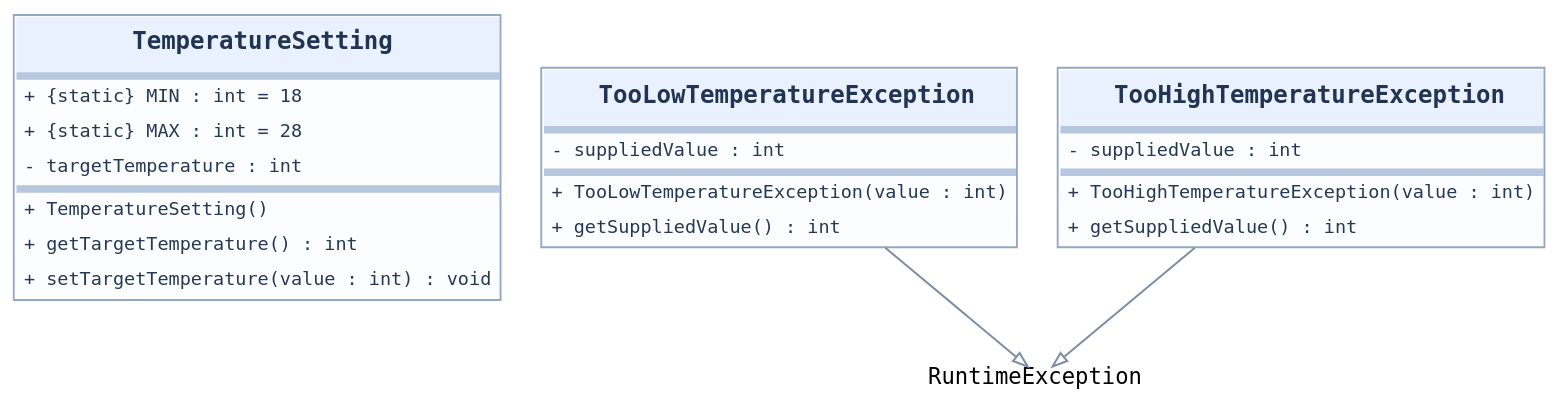
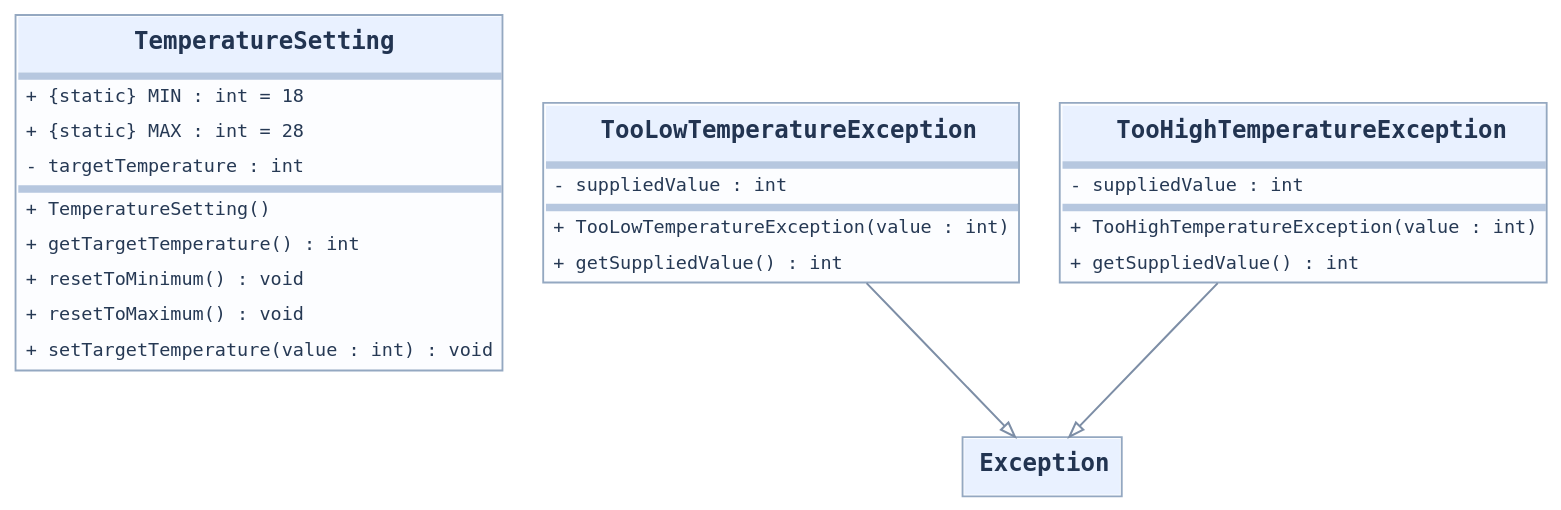
One commit to edetroll/java-oop changed the diagram in content/chapters/13-kivetelek/media/main-thermostat-en.dot. Above: the diagram before and after it, drawn with Graphviz. The commit also changed 44 other files, not shown here.

```diff
--- a/content/chapters/13-kivetelek/media/main-thermostat-en.dot
+++ b/content/chapters/13-kivetelek/media/main-thermostat-en.dot
@@ -1,12 +1,11 @@
 digraph UML {
 graph [rankdir=TB, bgcolor="transparent", nodesep="0.30", ranksep="0.50", pad="0.12", splines=polyline];
 node [shape=plain];
 edge [color="#7d8ea6", penwidth=1.1, arrowsize=0.8];
-"TemperatureSetting" [label=<<TABLE BORDER="1" COLOR="#94a8c1" CELLBORDER="0" CELLSPACING="0" BGCOLOR="#fcfdff"><TR><TD ALIGN="CENTER" CELLPADDING="8" BGCOLOR="#e9f1ff"><FONT FACE="DejaVu Sans Mono" POINT-SIZE="13" COLOR="#223451"><B>TemperatureSetting</B></FONT></TD></TR><TR><TD BGCOLOR="#b6c7df" HEIGHT="2"></TD></TR><TR><TD ALIGN="LEFT" CELLPADDING="4"><FONT FACE="DejaVu Sans Mono" POINT-SIZE="10" COLOR="#263954">+ {static} MIN : int = 18</FONT></TD></TR><TR><TD ALIGN="LEFT" CELLPADDING="4"><FONT FACE="DejaVu Sans Mono" POINT-SIZE="10" COLOR="#263954">+ {static} MAX : int = 28</FONT></TD></TR><TR><TD ALIGN="LEFT" CELLPADDING="4"><FONT FACE="DejaVu Sans Mono" POINT-SIZE="10" COLOR="#263954">- targetTemperature : int</FONT></TD></TR><TR><TD BGCOLOR="#b6c7df" HEIGHT="2"></TD></TR><TR><TD ALIGN="LEFT" CELLPADDING="4"><FONT FACE="DejaVu Sans Mono" POINT-SIZE="10" COLOR="#263954">+ TemperatureSetting()</FONT></TD></TR><TR><TD ALIGN="LEFT" CELLPADDING="4"><FONT FACE="DejaVu Sans Mono" POINT-SIZE="10" COLOR="#263954">+ getTargetTemperature() : int</FONT></TD></TR><TR><TD ALIGN="LEFT" CELLPADDING="4"><FONT FACE="DejaVu Sans Mono" POINT-SIZE="10" COLOR="#263954">+ setTargetTemperature(value : int) : void</FONT></TD></TR></TABLE>>];
+"TemperatureSetting" [label=<<TABLE BORDER="1" COLOR="#94a8c1" CELLBORDER="0" CELLSPACING="0" BGCOLOR="#fcfdff"><TR><TD ALIGN="CENTER" CELLPADDING="8" BGCOLOR="#e9f1ff"><FONT FACE="DejaVu Sans Mono" POINT-SIZE="13" COLOR="#223451"><B>TemperatureSetting</B></FONT></TD></TR><TR><TD BGCOLOR="#b6c7df" HEIGHT="2"></TD></TR><TR><TD ALIGN="LEFT" CELLPADDING="4"><FONT FACE="DejaVu Sans Mono" POINT-SIZE="10" COLOR="#263954">+ {static} MIN : int = 18</FONT></TD></TR><TR><TD ALIGN="LEFT" CELLPADDING="4"><FONT FACE="DejaVu Sans Mono" POINT-SIZE="10" COLOR="#263954">+ {static} MAX : int = 28</FONT></TD></TR><TR><TD ALIGN="LEFT" CELLPADDING="4"><FONT FACE="DejaVu Sans Mono" POINT-SIZE="10" COLOR="#263954">- targetTemperature : int</FONT></TD></TR><TR><TD BGCOLOR="#b6c7df" HEIGHT="2"></TD></TR><TR><TD ALIGN="LEFT" CELLPADDING="4"><FONT FACE="DejaVu Sans Mono" POINT-SIZE="10" COLOR="#263954">+ TemperatureSetting()</FONT></TD></TR><TR><TD ALIGN="LEFT" CELLPADDING="4"><FONT FACE="DejaVu Sans Mono" POINT-SIZE="10" COLOR="#263954">+ getTargetTemperature() : int</FONT></TD></TR><TR><TD ALIGN="LEFT" CELLPADDING="4"><FONT FACE="DejaVu Sans Mono" POINT-SIZE="10" COLOR="#263954">+ resetToMinimum() : void</FONT></TD></TR><TR><TD ALIGN="LEFT" CELLPADDING="4"><FONT FACE="DejaVu Sans Mono" POINT-SIZE="10" COLOR="#263954">+ resetToMaximum() : void</FONT></TD></TR><TR><TD ALIGN="LEFT" CELLPADDING="4"><FONT FACE="DejaVu Sans Mono" POINT-SIZE="10" COLOR="#263954">+ setTargetTemperature(value : int) : void</FONT></TD></TR></TABLE>>];
 "TooLowTemperatureException" [label=<<TABLE BORDER="1" COLOR="#94a8c1" CELLBORDER="0" CELLSPACING="0" BGCOLOR="#fcfdff"><TR><TD ALIGN="CENTER" CELLPADDING="8" BGCOLOR="#e9f1ff"><FONT FACE="DejaVu Sans Mono" POINT-SIZE="13" COLOR="#223451"><B>TooLowTemperatureException</B></FONT></TD></TR><TR><TD BGCOLOR="#b6c7df" HEIGHT="2"></TD></TR><TR><TD ALIGN="LEFT" CELLPADDING="4"><FONT FACE="DejaVu Sans Mono" POINT-SIZE="10" COLOR="#263954">- suppliedValue : int</FONT></TD></TR><TR><TD BGCOLOR="#b6c7df" HEIGHT="2"></TD></TR><TR><TD ALIGN="LEFT" CELLPADDING="4"><FONT FACE="DejaVu Sans Mono" POINT-SIZE="10" COLOR="#263954">+ TooLowTemperatureException(value : int)</FONT></TD></TR><TR><TD ALIGN="LEFT" CELLPADDING="4"><FONT FACE="DejaVu Sans Mono" POINT-SIZE="10" COLOR="#263954">+ getSuppliedValue() : int</FONT></TD></TR></TABLE>>];
 "TooHighTemperatureException" [label=<<TABLE BORDER="1" COLOR="#94a8c1" CELLBORDER="0" CELLSPACING="0" BGCOLOR="#fcfdff"><TR><TD ALIGN="CENTER" CELLPADDING="8" BGCOLOR="#e9f1ff"><FONT FACE="DejaVu Sans Mono" POINT-SIZE="13" COLOR="#223451"><B>TooHighTemperatureException</B></FONT></TD></TR><TR><TD BGCOLOR="#b6c7df" HEIGHT="2"></TD></TR><TR><TD ALIGN="LEFT" CELLPADDING="4"><FONT FACE="DejaVu Sans Mono" POINT-SIZE="10" COLOR="#263954">- suppliedValue : int</FONT></TD></TR><TR><TD BGCOLOR="#b6c7df" HEIGHT="2"></TD></TR><TR><TD ALIGN="LEFT" CELLPADDING="4"><FONT FACE="DejaVu Sans Mono" POINT-SIZE="10" COLOR="#263954">+ TooHighTemperatureException(value : int)</FONT></TD></TR><TR><TD ALIGN="LEFT" CELLPADDING="4"><FONT FACE="DejaVu Sans Mono" POINT-SIZE="10" COLOR="#263954">+ getSuppliedValue() : int</FONT></TD></TR></TABLE>>];
-"RuntimeException" [shape=plain, label=<<FONT FACE="DejaVu Sans Mono" POINT-SIZE="12">RuntimeException</FONT>>];
-"TooLowTemperatureException" -> "RuntimeException" [arrowhead="empty"];
-"RuntimeException" [shape=plain, label=<<FONT FACE="DejaVu Sans Mono" POINT-SIZE="12">RuntimeException</FONT>>];
-"TooHighTemperatureException" -> "RuntimeException" [arrowhead="empty"];
+"Exception" [label=<<TABLE BORDER="1" COLOR="#94a8c1" CELLBORDER="0" CELLSPACING="0" BGCOLOR="#fcfdff"><TR><TD ALIGN="CENTER" CELLPADDING="8" BGCOLOR="#e9f1ff"><FONT FACE="DejaVu Sans Mono" POINT-SIZE="13" COLOR="#223451"><B>Exception</B></FONT></TD></TR></TABLE>>];
+"TooLowTemperatureException" -> "Exception" [arrowhead="empty"];
+"TooHighTemperatureException" -> "Exception" [arrowhead="empty"];
 }
```
